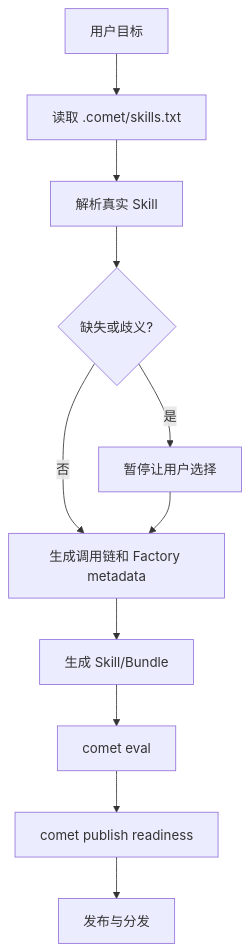
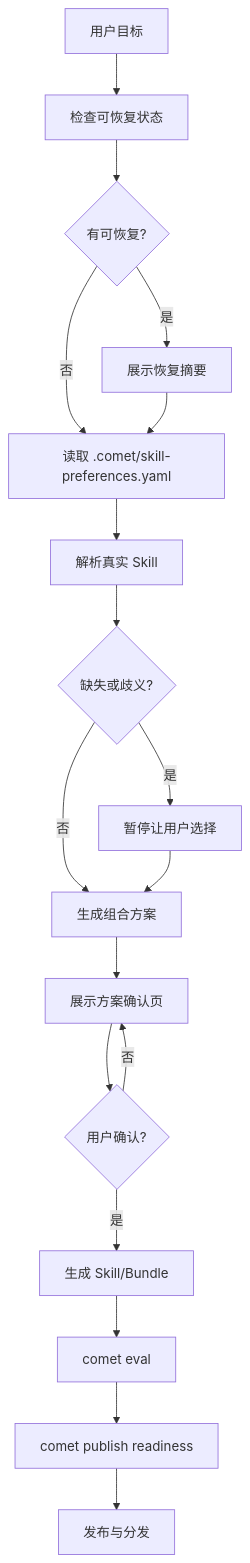
The diagram in zh/skill-factory/overview.mdx (rpamis/comet-website-docs), drawn with Mermaid before and after one commit. The commit also changed other lines of this file and 50 other files, not shown here.

````diff
--- a/zh/skill-factory/overview.mdx
+++ b/zh/skill-factory/overview.mdx
@@ -25,13 +53,20 @@
 ```mermaid
 flowchart TD
-  A["用户目标"] --> B["读取 .comet/skills.txt"]
-  B --> C["解析真实 Skill"]
-  C --> D{"缺失或歧义?"}
-  D -->|是| E["暂停让用户选择"]
-  D -->|否| F["生成调用链和 Factory metadata"]
-  E --> F
-  F --> G["生成 Skill/Bundle"]
-  G --> H["comet eval"]
-  H --> I["comet publish readiness"]
-  I --> J["发布与分发"]
+  A["用户目标"] --> B["检查可恢复状态"]
+  B --> C{"有可恢复?"}
+  C -->|是| D["展示恢复摘要"]
+  C -->|否| E["读取 .comet/skill-preferences.yaml"]
+  D --> E
+  E --> F["解析真实 Skill"]
+  F --> G{"缺失或歧义?"}
+  G -->|是| H["暂停让用户选择"]
+  G -->|否| I["生成组合方案"]
+  H --> I
+  I --> J["展示方案确认页"]
+  J --> K{"用户确认?"}
+  K -->|是| L["生成 Skill/Bundle"]
+  K -->|否| J
+  L --> M["comet eval"]
+  M --> N["comet publish readiness"]
+  N --> O["发布与分发"]
 ```
````
